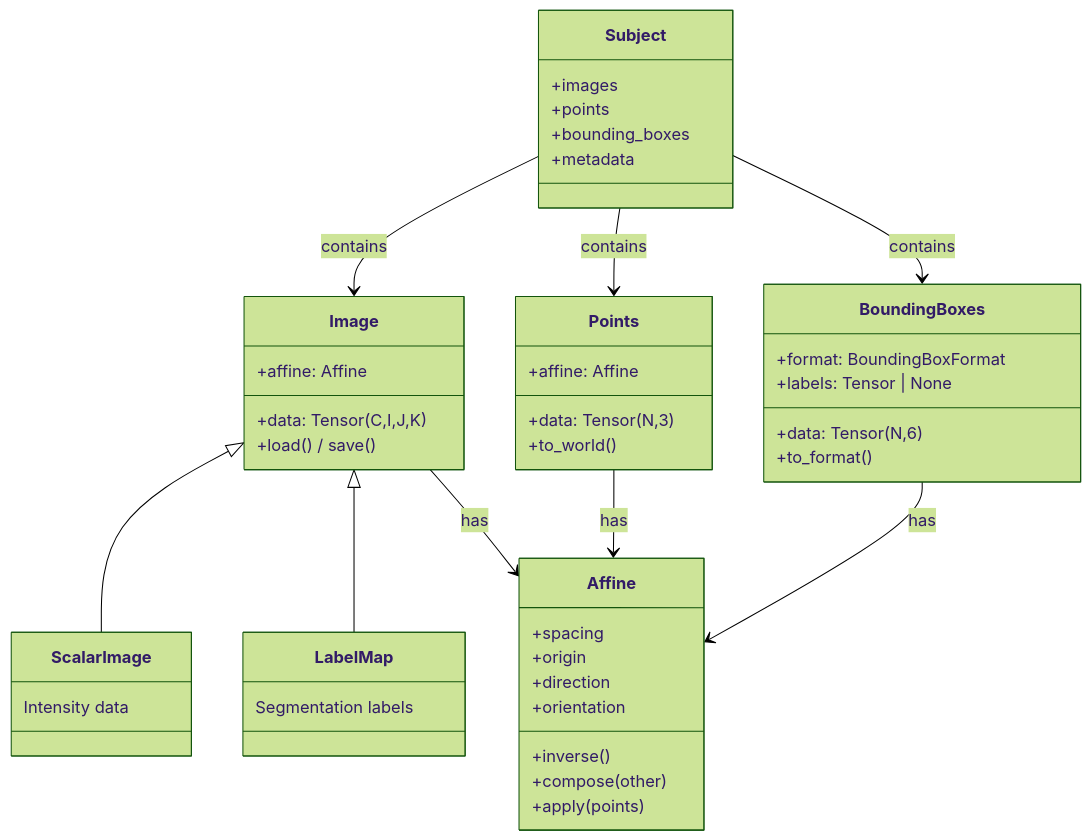
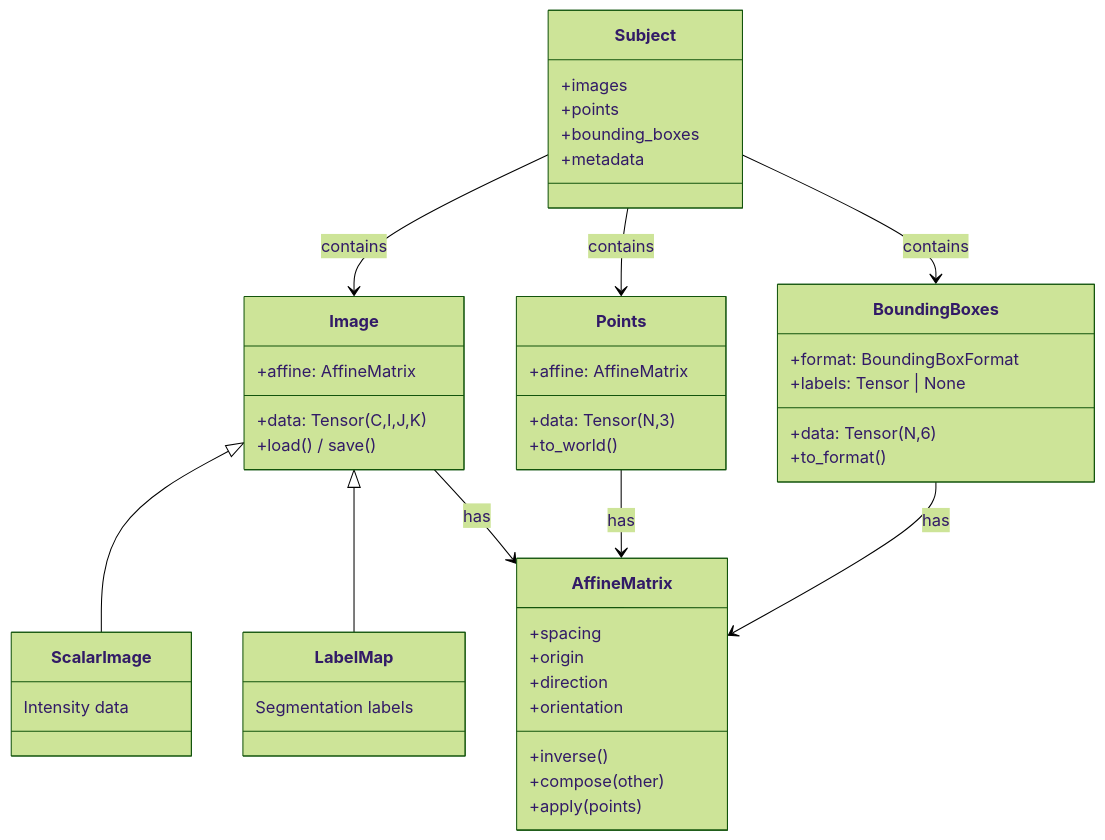
Before and after one commit to TorchIO-project/torchio: the first of 2 diagrams in docs/concepts/data-model.md, drawn with Mermaid (forest theme). The commit also changed other lines of this file and 32 other files, not shown here.

````diff
--- a/docs/concepts/data-model.md
+++ b/docs/concepts/data-model.md
@@ -9,55 +9,55 @@
 ```mermaid
 classDiagram
     class Image {
         +data: Tensor (C,I,J,K)
-        +affine: Affine
+        +affine: AffineMatrix
         +load() / save()
     }
 
     class ScalarImage {
         Intensity data
     }
 
     class LabelMap {
         Segmentation labels
     }
 
     class Points {
         +data: Tensor (N,3)
-        +affine: Affine
+        +affine: AffineMatrix
         +to_world()
     }
 
     class BoundingBoxes {
         +data: Tensor (N,6)
         +format: BoundingBoxFormat
         +labels: Tensor | None
         +to_format()
     }
 
     class Subject {
         +images
         +points
         +bounding_boxes
         +metadata
     }
 
-    class Affine {
+    class AffineMatrix {
         +spacing
         +origin
         +direction
         +orientation
         +inverse()
         +compose(other)
         +apply(points)
     }
 
     Image <|-- ScalarImage
     Image <|-- LabelMap
-    Image --> Affine : has
-    Points --> Affine : has
-    BoundingBoxes --> Affine : has
+    Image --> AffineMatrix : has
+    Points --> AffineMatrix : has
+    BoundingBoxes --> AffineMatrix : has
     Subject --> Image : contains
     Subject --> Points : contains
     Subject --> BoundingBoxes : contains
 ```
````
